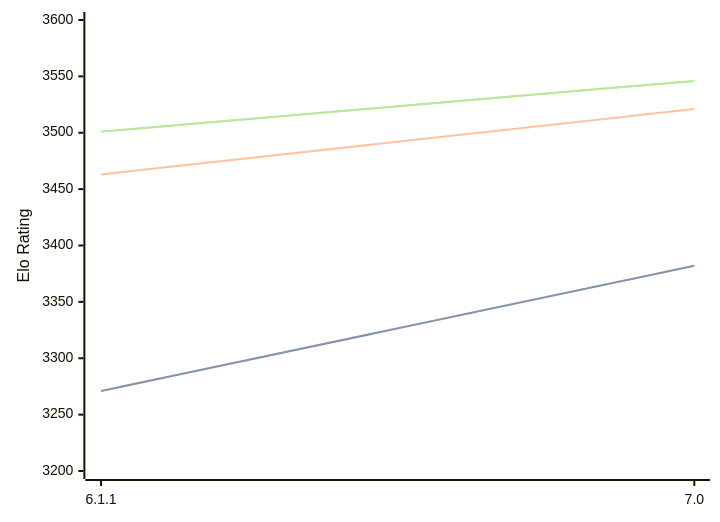
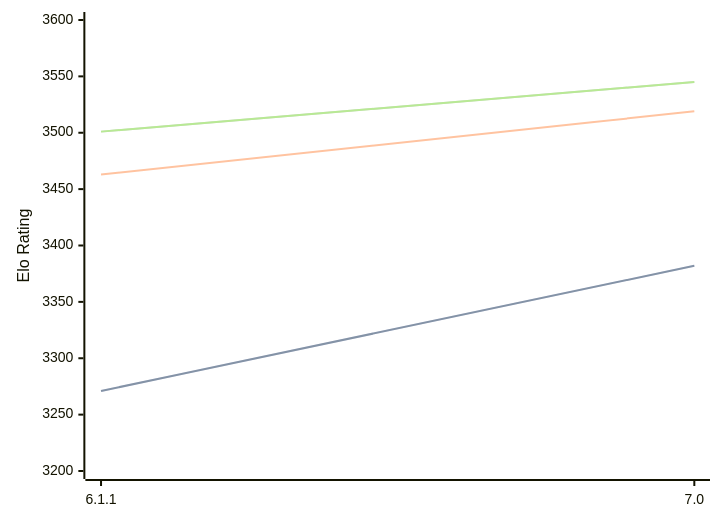
Before and after one commit to computer-chess-index/cci: the third of 3 diagrams in engines/Astra.md, drawn with Mermaid. The commit also changed other lines of this file, not shown here.

Commit message:
Update CCI Ratings (ELO VLTC) - 2026-07-06

````diff
--- a/engines/Astra.md
+++ b/engines/Astra.md
@@ -77,11 +77,11 @@
 ```mermaid
 %%{init: {"theme":"base","themeVariables":{"seriesColors:['#a3a3a3','#222221','#faa371']}}}%%
 xychart-beta
   x-axis ["6.1.1", "7.0"]
   y-axis "Elo Rating" 3200 --> 3600
   line "STC (8.0+0.08s)" [3271, 3382]
   line "STC (8.0+0.08s)" [3271, 3382]
-  line "LTC (60.0+0.60s)" [3463, 3521]
-  line "VLTC (2m24s+1.12s)" [3501, 3546]
-  line "VLTC (2m24s+1.12s)" [3501, 3546]
+  line "LTC (60.0+0.60s)" [3463, 3519]
+  line "VLTC (2m24s+1.12s)" [3501, 3545]
+  line "VLTC (2m24s+1.12s)" [3501, 3545]
 ```
````
